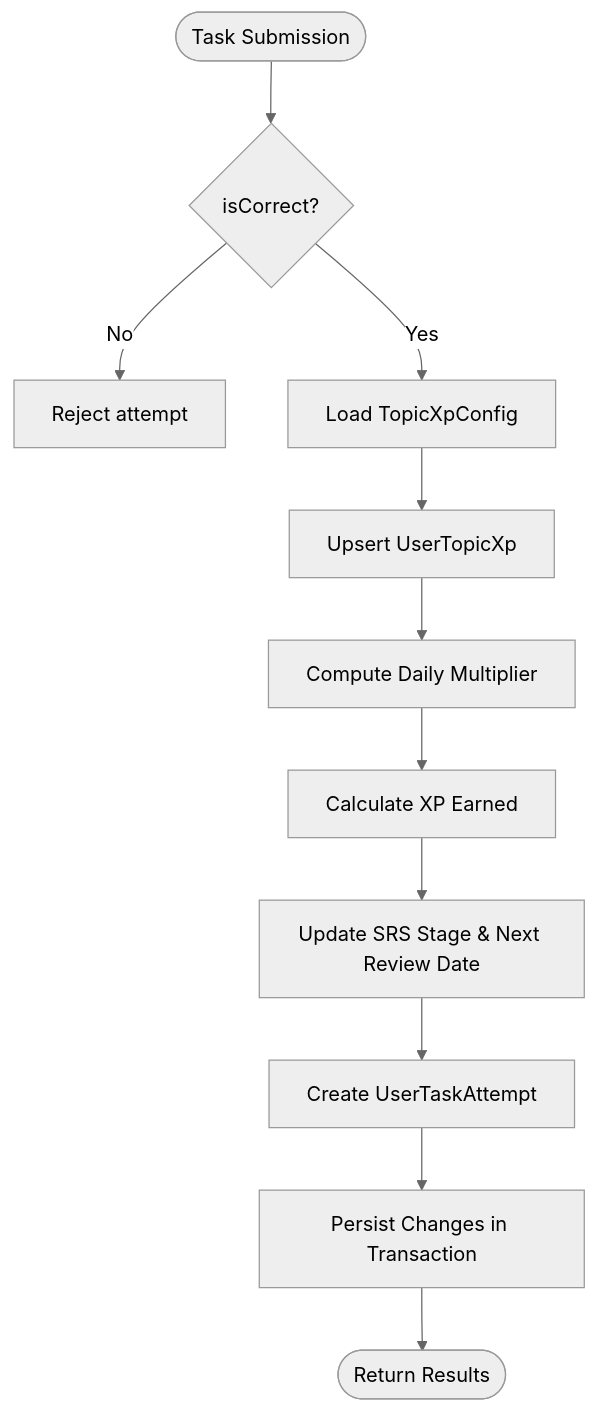
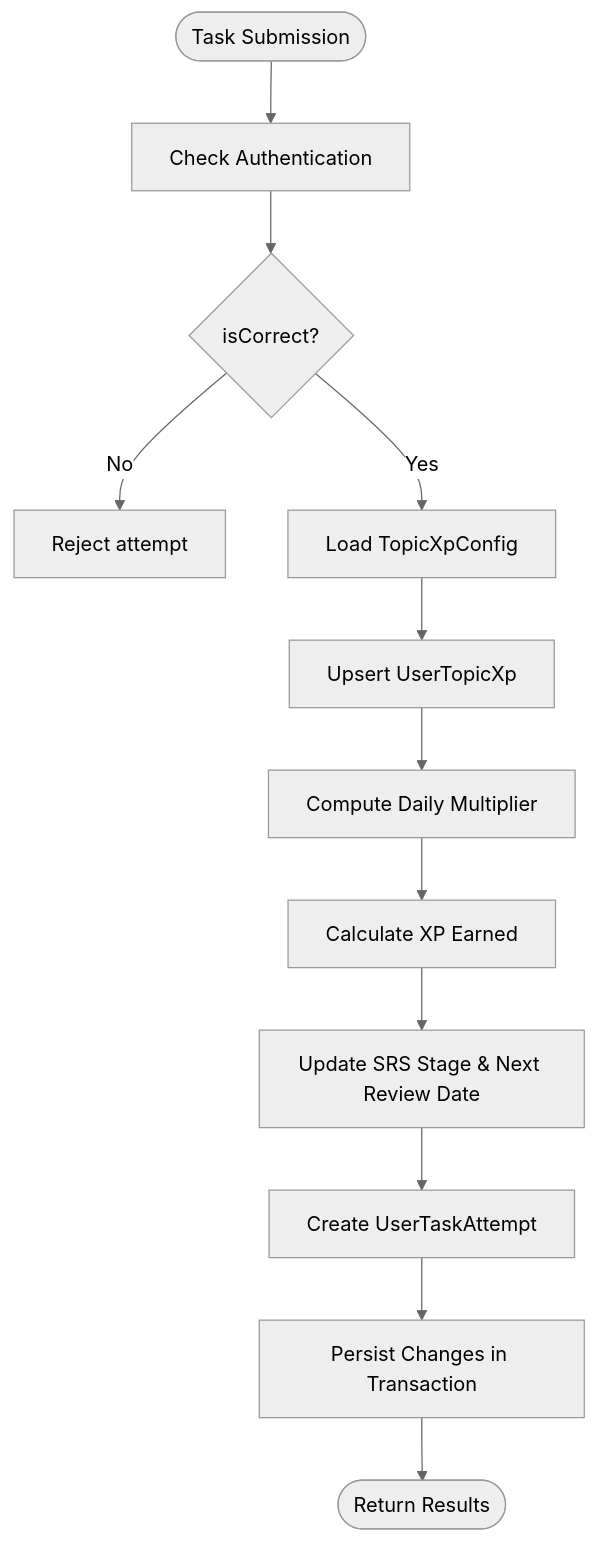
Before and after one commit to AlexKutz/math-app-next-js: the fourth of 7 diagrams in .qoder/repowiki/en/content/Database Design.md, drawn with Mermaid (neutral theme). The commit also changed other lines of this file and 125 other files, not shown here.

````diff
--- a/.qoder/repowiki/en/content/Database Design.md
+++ b/.qoder/repowiki/en/content/Database Design.md
@@ -265,13 +323,14 @@
 ```mermaid
 flowchart TD
-Start(["Task Submission"]) --> CheckCorrect{"isCorrect?"}
+Start(["Task Submission"]) --> CheckAuth["Check Authentication"]
+CheckAuth --> CheckCorrect{"isCorrect?"}
 CheckCorrect --> |No| Reject["Reject attempt"]
 CheckCorrect --> |Yes| LoadConfig["Load TopicXpConfig"]
 LoadConfig --> UpsertProgress["Upsert UserTopicXp"]
 UpsertProgress --> ComputeMulti["Compute Daily Multiplier"]
 ComputeMulti --> CalcXP["Calculate XP Earned"]
 CalcXP --> UpdateSRS["Update SRS Stage & Next Review Date"]
 UpdateSRS --> CreateAttempt["Create UserTaskAttempt"]
 CreateAttempt --> Persist["Persist Changes in Transaction"]
 Persist --> Done(["Return Results"])
 ```
````
